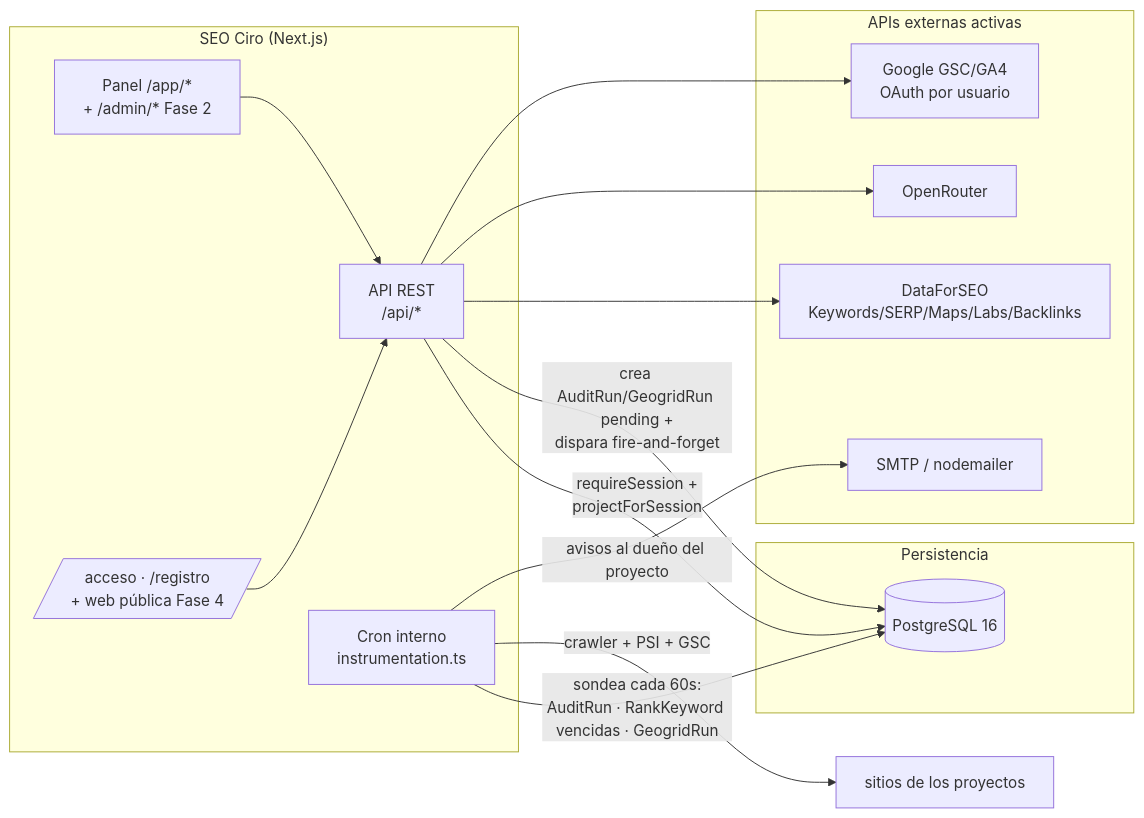
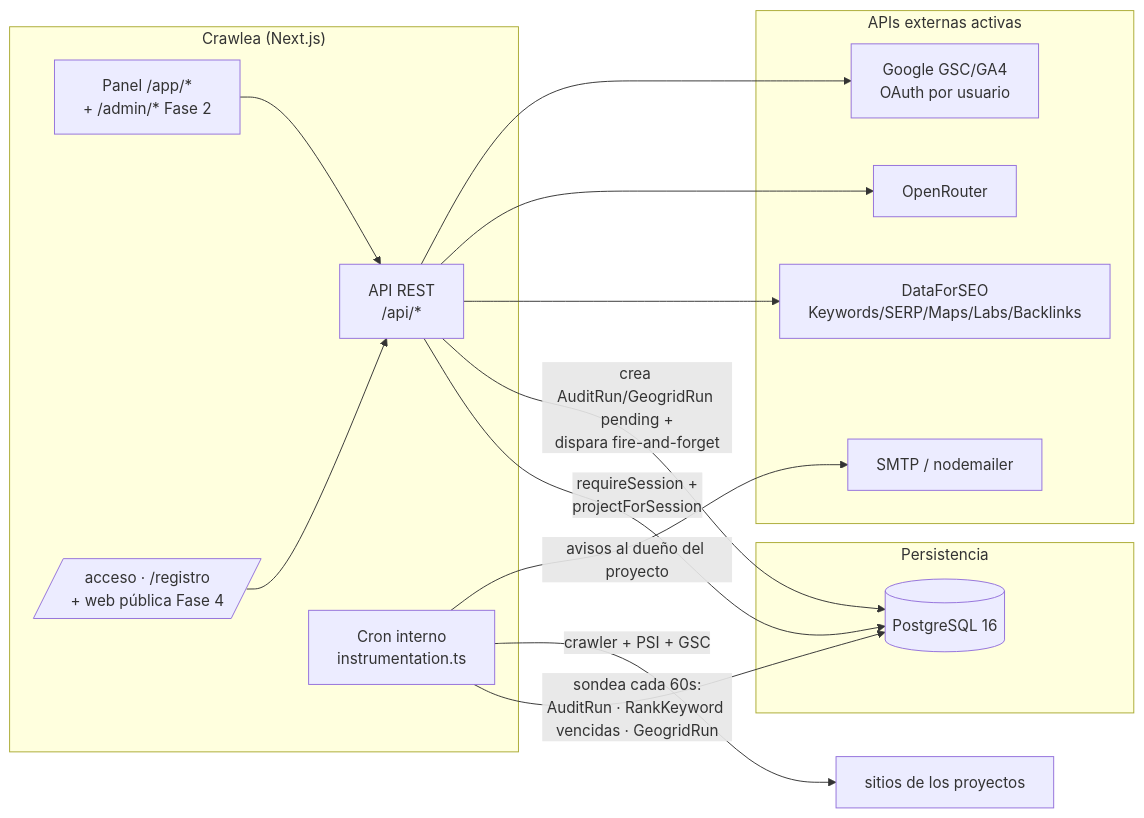
Before and after one commit to OmarPumariega/crawlea: the diagram in docs/02-arquitectura.md, drawn with Mermaid. The commit also changed other lines of this file and 42 other files, not shown here.

````diff
--- a/docs/02-arquitectura.md
+++ b/docs/02-arquitectura.md
@@ -14,31 +14,31 @@
 ```mermaid
 flowchart LR
-    subgraph "SEO Ciro (Next.js)"
+    subgraph "Crawlea (Next.js)"
         ADM[Panel /app/*<br/>+ /admin/* Fase 2]
         PUB[/acceso · /registro<br/>+ web pública Fase 4/]
         API[API REST<br/>/api/*]
         CRON[Cron interno<br/>instrumentation.ts]
     end
 
     subgraph "Persistencia"
         DB[(PostgreSQL 16)]
     end
 
     subgraph "APIs externas activas"
         EXT[DataForSEO<br/>Keywords/SERP/Maps/Labs/Backlinks]
         LLM[OpenRouter]
         GOO[Google GSC/GA4<br/>OAuth por usuario]
         SMTP[SMTP / nodemailer]
     end
 
     ADM --> API
     PUB --> API
     API -->|requireSession +<br/>projectForSession| DB
     API -->|crea AuditRun/GeogridRun pending +<br/>dispara fire-and-forget| DB
     CRON -->|sondea cada 60s:<br/>AuditRun · RankKeyword vencidas · GeogridRun| DB
     CRON -->|crawler + PSI + GSC| WEB[sitios de los proyectos]
     CRON -->|avisos al dueño del proyecto| SMTP
     API --> EXT
     API --> LLM
     API --> GOO
 ```
````
